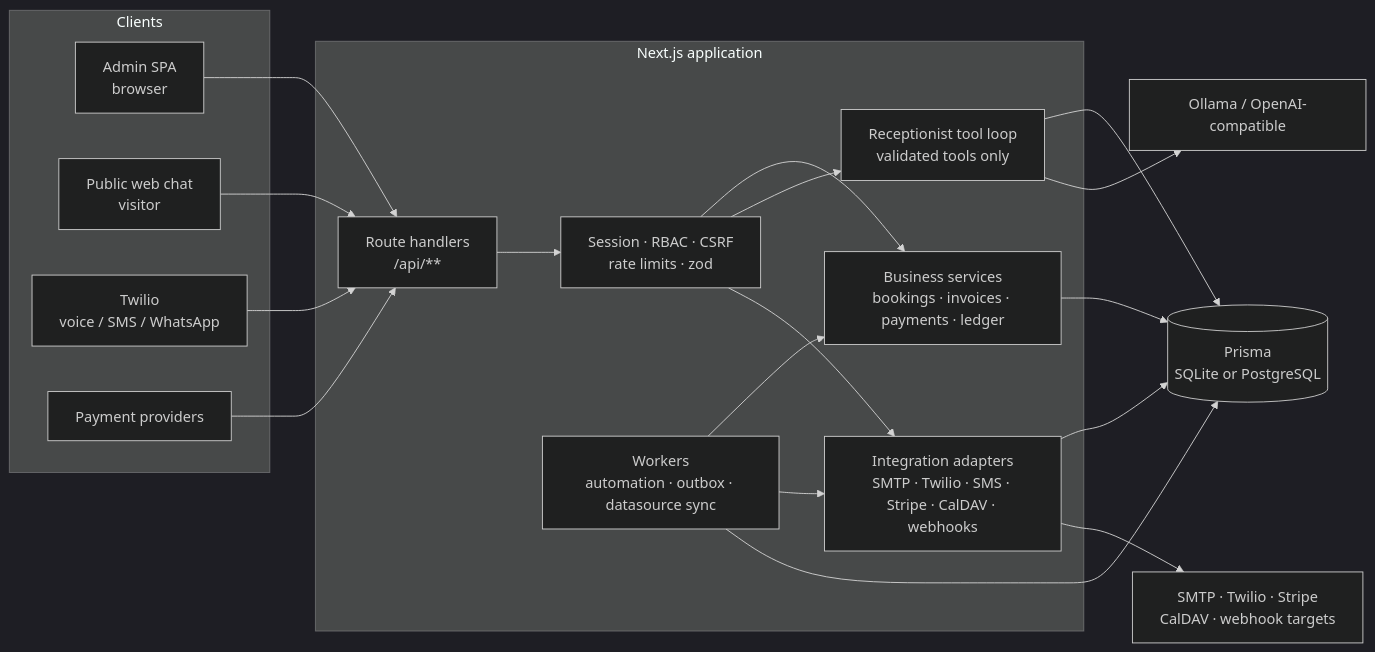
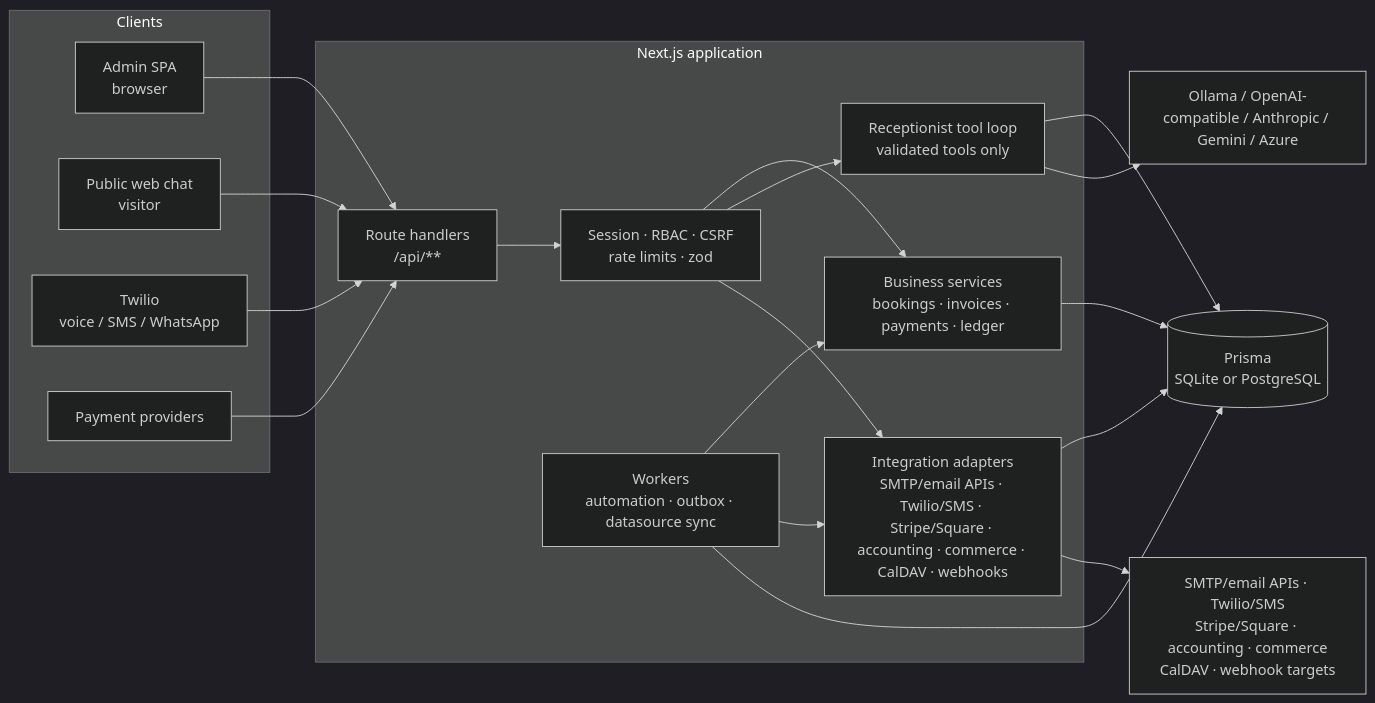
Before and after one commit to sidmazak/airepnsec: the first of 4 diagrams in README.md, drawn with Mermaid (dark theme). The commit also changed other lines of this file and 59 other files, not shown here.

Commit message:
feat: file imports, AI provider breadth, email/SMS, Square, accounting and commerce

````diff
--- a/README.md
+++ b/README.md
@@ -52,38 +55,38 @@
 ```mermaid
 flowchart LR
   subgraph Clients
     B[Admin SPA<br/>browser]
     C[Public web chat<br/>visitor]
     T[Twilio<br/>voice / SMS / WhatsApp]
     P[Payment providers]
   end
 
   subgraph "Next.js application"
     API[Route handlers<br/>/api/**]
     AUTH[Session · RBAC · CSRF<br/>rate limits · zod]
     SVC[Business services<br/>bookings · invoices · payments · ledger]
     AI[Receptionist tool loop<br/>validated tools only]
-    INT[Integration adapters<br/>SMTP · Twilio · SMS · Stripe · CalDAV · webhooks]
+    INT[Integration adapters<br/>SMTP/email APIs · Twilio/SMS · Stripe/Square · accounting · commerce · CalDAV · webhooks]
     WK[Workers<br/>automation · outbox · datasource sync]
   end
 
   DB[(Prisma<br/>SQLite or PostgreSQL)]
-  LLM[Ollama / OpenAI-compatible]
-  EXT[SMTP · Twilio · Stripe<br/>CalDAV · webhook targets]
+  LLM[Ollama / OpenAI-compatible / Anthropic / Gemini / Azure]
+  EXT[SMTP/email APIs · Twilio/SMS<br/>Stripe/Square · accounting · commerce<br/>CalDAV · webhook targets]
 
   B --> API
   C --> API
   T --> API
   P --> API
   API --> AUTH --> SVC
   AUTH --> AI
   AUTH --> INT
   SVC --> DB
   AI --> DB
   AI --> LLM
   INT --> DB
   INT --> EXT
   WK --> SVC
   WK --> INT
   WK --> DB
 ```
````
